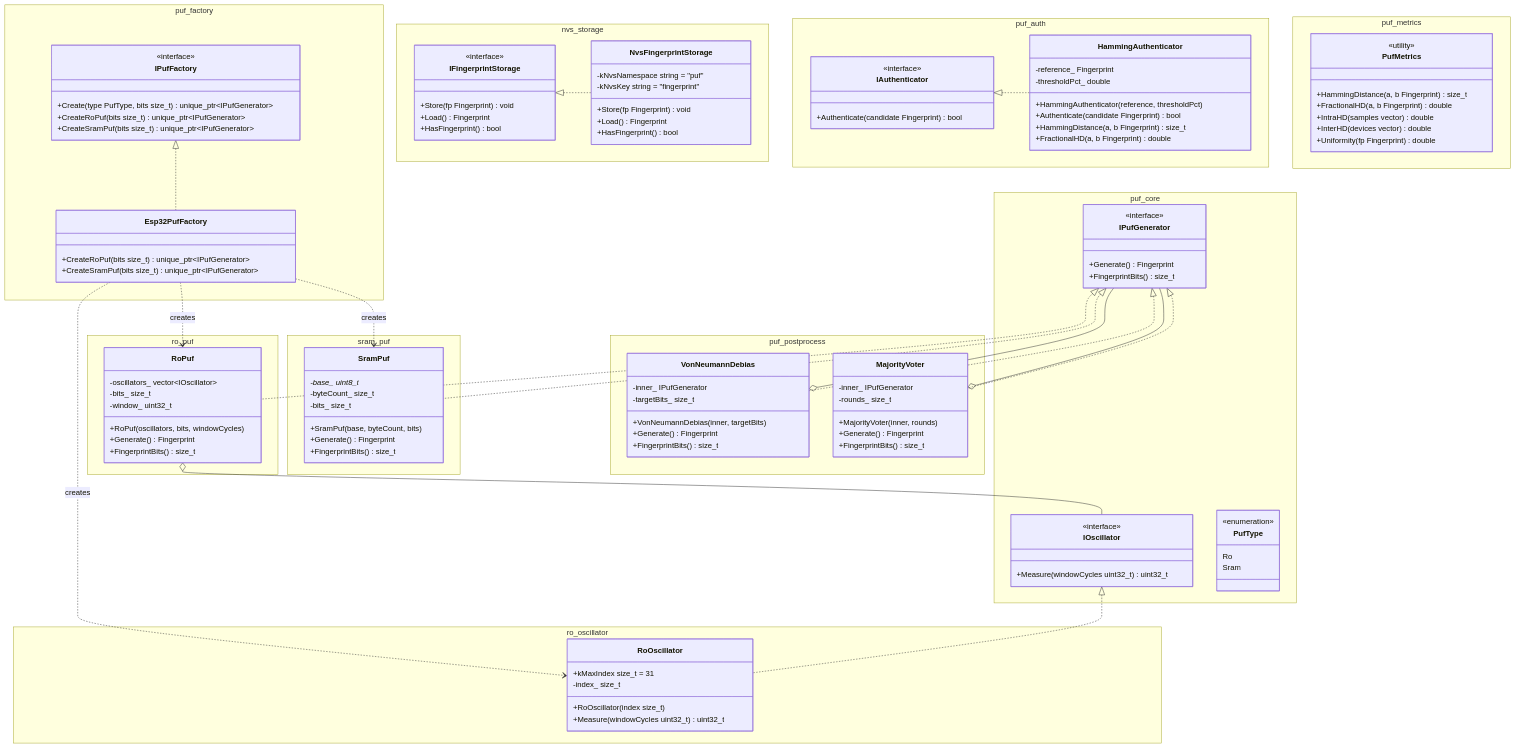
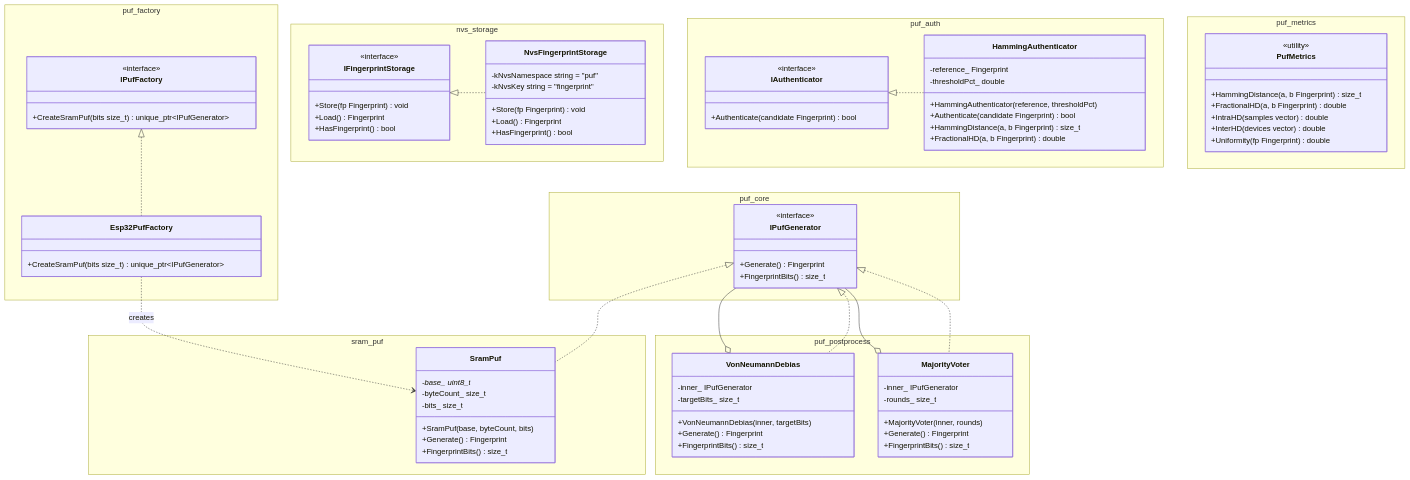
One commit to artoshechka/puf_generator changed the diagram in docs/architecture.md. Above: the diagram before and after it, drawn with Mermaid. The commit also changed other lines of this file and 28 other files, not shown here.

First line of the commit message:
puf: remove RO PUF, leave SRAM as the sole entropy source

````diff
--- a/docs/architecture.md
+++ b/docs/architecture.md
@@ -3,37 +3,8 @@
 ```mermaid
 classDiagram
     namespace puf_core {
-        class IOscillator {
-            <<interface>>
-            +Measure(windowCycles uint32_t) uint32_t
-        }
         class IPufGenerator {
             <<interface>>
-            +Generate() Fingerprint
-            +FingerprintBits() size_t
-        }
-        class PufType {
-            <<enumeration>>
-            Ro
-            Sram
-        }
-    }
-
-    namespace ro_oscillator {
-        class RoOscillator {
-            +kMaxIndex size_t = 31
-            -index_ size_t
-            +RoOscillator(index size_t)
-            +Measure(windowCycles uint32_t) uint32_t
-        }
-    }
-
-    namespace ro_puf {
-        class RoPuf {
-            -oscillators_ vector~IOscillator~
-            -bits_ size_t
-            -window_ uint32_t
-            +RoPuf(oscillators, bits, windowCycles)
             +Generate() Fingerprint
             +FingerprintBits() size_t
         }
@@ -53,12 +24,9 @@
     namespace puf_factory {
         class IPufFactory {
             <<interface>>
-            +Create(type PufType, bits size_t) unique_ptr~IPufGenerator~
-            +CreateRoPuf(bits size_t) unique_ptr~IPufGenerator~
             +CreateSramPuf(bits size_t) unique_ptr~IPufGenerator~
         }
         class Esp32PufFactory {
-            +CreateRoPuf(bits size_t) unique_ptr~IPufGenerator~
             +CreateSramPuf(bits size_t) unique_ptr~IPufGenerator~
         }
     }
@@ -122,8 +90,6 @@
         }
     }
 
-    IOscillator <|.. RoOscillator
-    IPufGenerator <|.. RoPuf
     IPufGenerator <|.. SramPuf
     IPufGenerator <|.. VonNeumannDebias
     IPufGenerator <|.. MajorityVoter
@@ -131,10 +97,7 @@
     IFingerprintStorage <|.. NvsFingerprintStorage
     IAuthenticator <|.. HammingAuthenticator
 
-    RoPuf o-- IOscillator
     VonNeumannDebias o-- IPufGenerator
     MajorityVoter o-- IPufGenerator
-    Esp32PufFactory ..> RoOscillator : creates
-    Esp32PufFactory ..> RoPuf : creates
     Esp32PufFactory ..> SramPuf : creates
 ```
````
